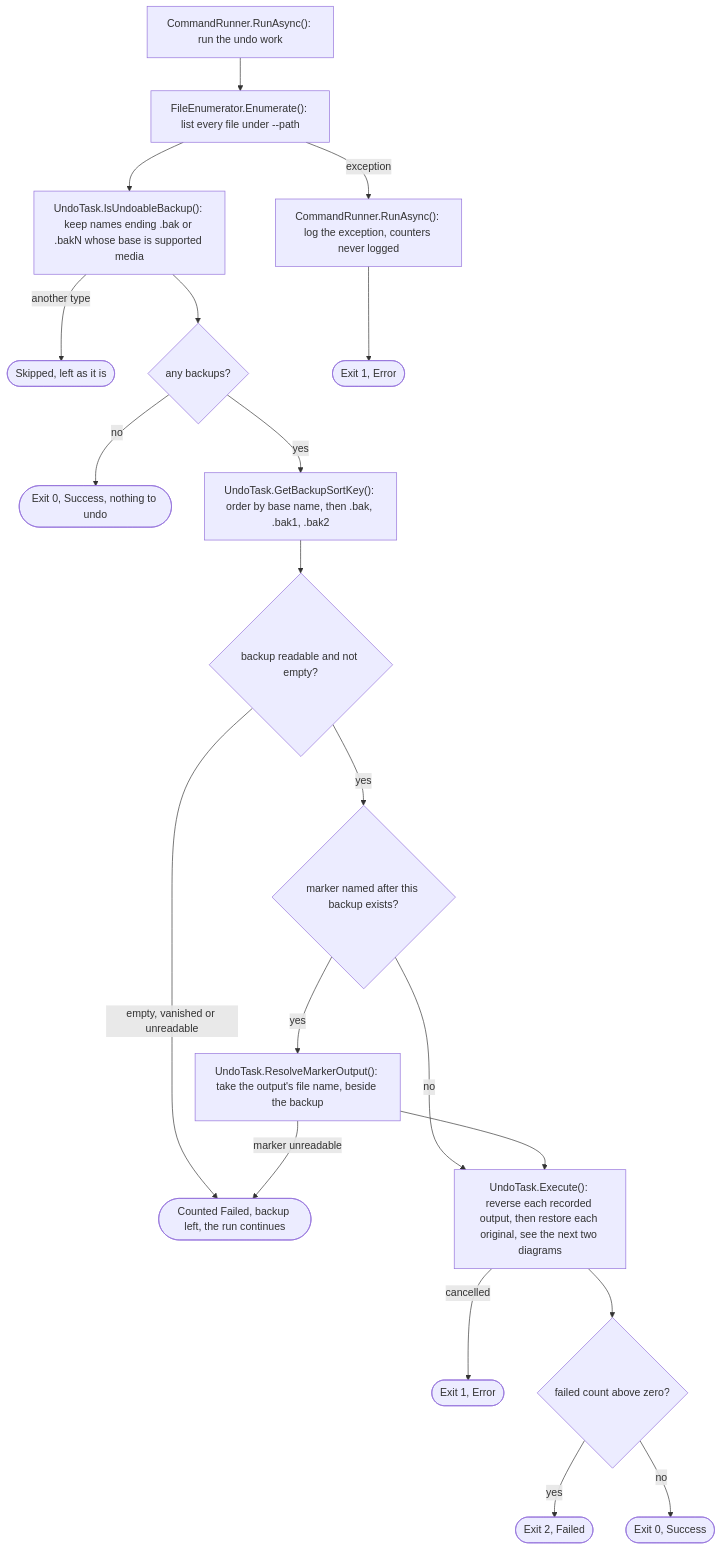
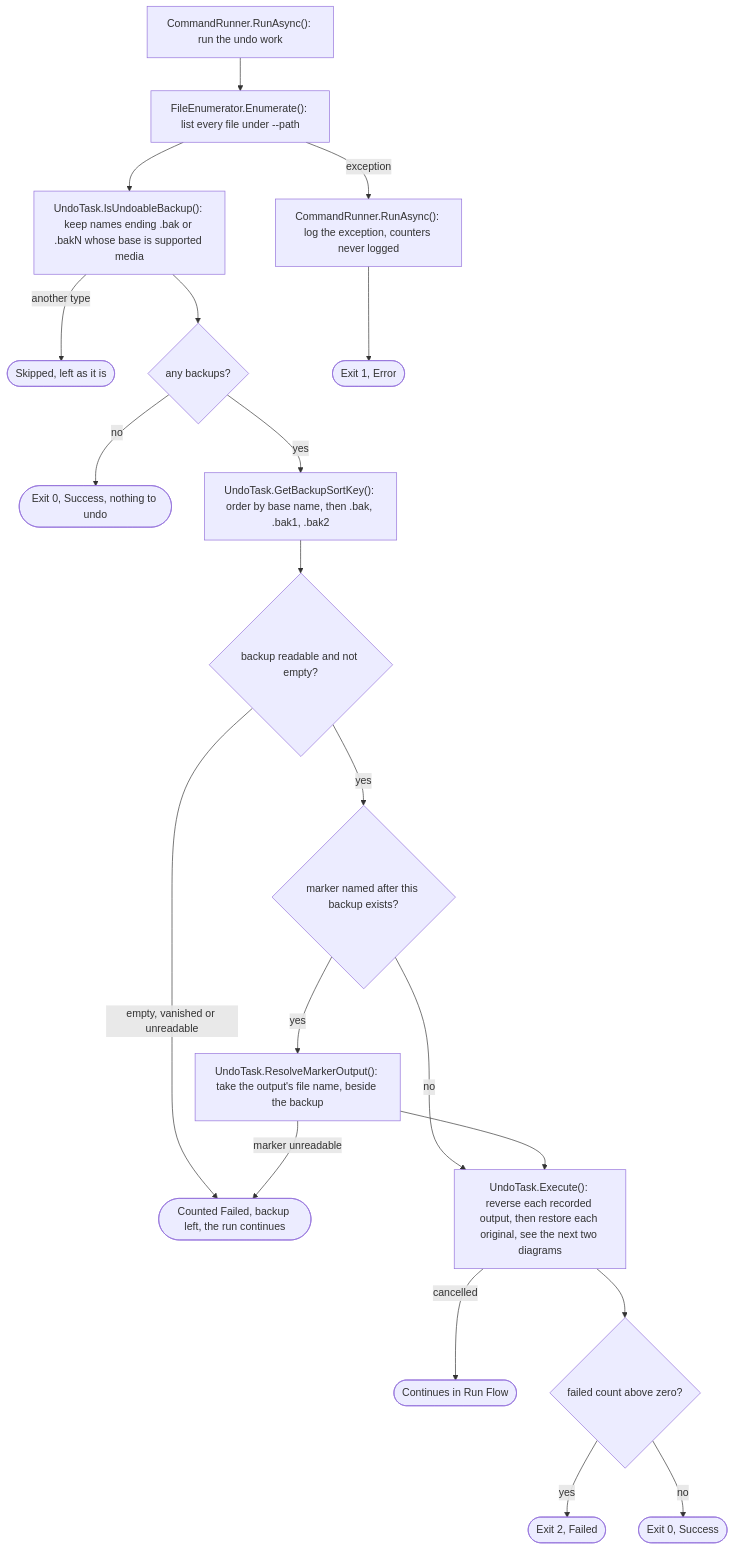
Before and after one commit to ptr727/PhotoCleaner: diagram 19 of 23 in ARCHITECTURE.md, drawn with Mermaid. The commit also changed other lines of this file and 6 other files, not shown here.

````diff
--- a/ARCHITECTURE.md
+++ b/ARCHITECTURE.md
@@ -1003,22 +1010,22 @@
 ```mermaid
 flowchart TD
   U1["CommandRunner.RunAsync(): run the undo work"] --> U2["FileEnumerator.Enumerate(): list every file under --path"]
   U2 -->|"exception"| UE
   U2 --> U3["UndoTask.IsUndoableBackup(): keep names ending .bak or .bakN whose base is supported media"]
   U3 -->|"another type"| U4(["Skipped, left as it is"])
   U3 --> U5{"any backups?"}
   U5 -->|"no"| U6(["Exit 0, Success, nothing to undo"])
   U5 -->|"yes"| U7["UndoTask.GetBackupSortKey(): order by base name, then .bak, .bak1, .bak2"]
   U7 --> U8{"backup readable and not empty?"}
   U8 -->|"empty, vanished or unreadable"| U9(["Counted Failed, backup left, the run continues"])
   U8 -->|"yes"| U10{"marker named after this backup exists?"}
   U10 -->|"no"| U13
   U10 -->|"yes"| U11["UndoTask.ResolveMarkerOutput(): take the output's file name, beside the backup"]
   U11 -->|"marker unreadable"| U9
   U11 --> U13["UndoTask.Execute(): reverse each recorded output, then restore each original, see the next two diagrams"]
-  U13 -->|"cancelled"| U14(["Exit 1, Error"])
+  U13 -->|"cancelled"| U14(["Continues in Run Flow"])
   U13 --> U15{"failed count above zero?"}
   U15 -->|"yes"| U16(["Exit 2, Failed"])
   U15 -->|"no"| U17(["Exit 0, Success"])
   UE["CommandRunner.RunAsync(): log the exception, counters never logged"] --> U18(["Exit 1, Error"])
 ```
````
